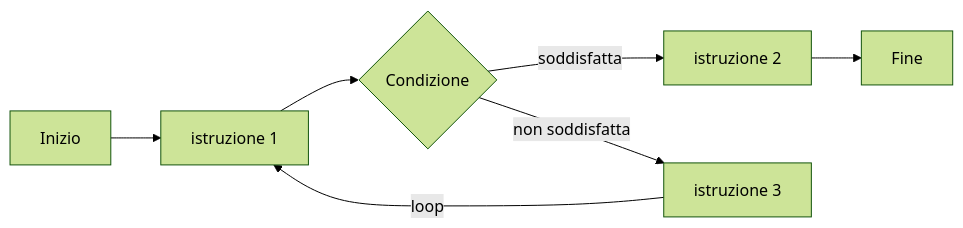
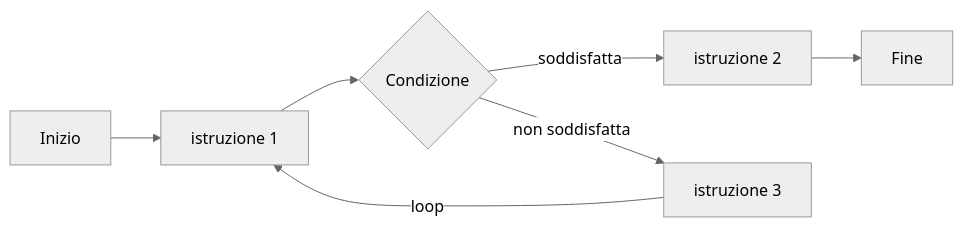
One commit to iacobucci/sviluppo_web_in_javascript changed the second of 2 diagrams in slides/1.md. Above: the diagram before and after it, drawn with Mermaid. The commit also changed other lines of this file and 27 other files, not shown here.

```diff
--- a/slides/1.md
+++ b/slides/1.md
@@ -113,10 +149,10 @@
-<div class="mermaid">
-%%{init: {'theme': 'forest', 'mirrorActors': false } }%%
+<div class="mermaid" style="width: 45%">
+%%{init: {'theme': 'neutral', 'mirrorActors': false } }%%
 graph LR
 	A[Inizio] --> B[istruzione 1]
 	B --> C{Condizione}
 	C -- soddisfatta  --> D[istruzione 2]
 	C -- non soddisfatta --> E[istruzione 3]
 	E -- loop --> B
 	D --> F[Fine]
 </div>
```
